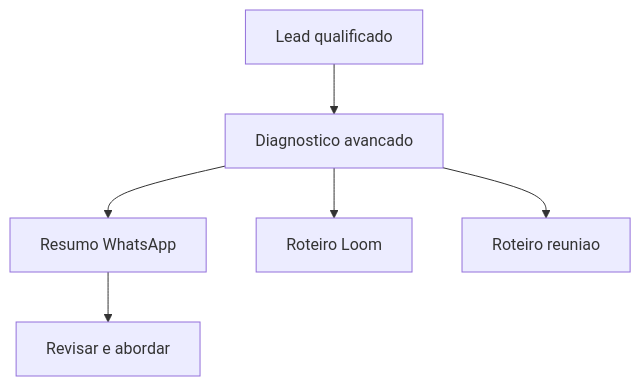
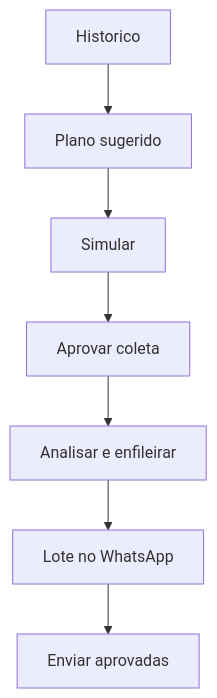
The diagram in docs/MAPA-INTERNO.md (isidio908-rgb/prospect-ai), drawn with Mermaid before and after one commit. The commit also changed other lines of this file, not shown here.

````diff
--- a/docs/MAPA-INTERNO.md
+++ b/docs/MAPA-INTERNO.md
@@ -76,8 +80,9 @@
 ```mermaid
 flowchart TD
-  A[Lead qualificado] --> B[Diagnostico avancado]
-  B --> C[Resumo WhatsApp]
-  B --> D[Roteiro Loom]
-  B --> E[Roteiro reuniao]
-  C --> F[Revisar e abordar]
+  A[Historico] --> B[Plano sugerido]
+  B --> C[Simular]
+  C --> D[Aprovar coleta]
+  D --> E[Analisar e enfileirar]
+  E --> F[Lote no WhatsApp]
+  F --> G[Enviar aprovadas]
 ```
````
